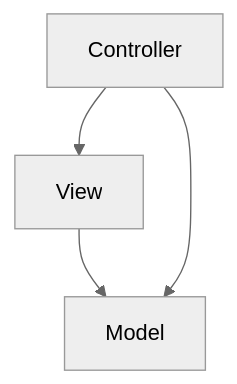
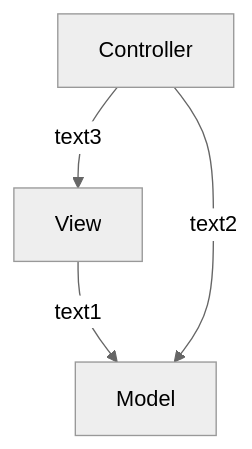
Before and after one commit to rafsp/Graduacao_FIAP: the diagram in Advanced-Business-Development-with-.NET/1º-Semestre/Aula-07-%2D-Projeto-MVC-e-Persistência-de-Dados-com-Entity-Framework-DbContext/MVC-%2D-Model,-View,-Controller/Introdução.md, drawn with Mermaid (neutral theme).

Commit message:
Updated Introdução

```diff
--- a/Advanced-Business-Development-with-.NET/1º-Semestre/Aula-07-%2D-Projeto-MVC-e-Persistência-de-Dados-com-Entity-Framework-DbContext/MVC-%2D-Model,-View,-Controller/Introdução.md
+++ b/Advanced-Business-Development-with-.NET/1º-Semestre/Aula-07-%2D-Projeto-MVC-e-Persistência-de-Dados-com-Entity-Framework-DbContext/MVC-%2D-Model,-View,-Controller/Introdução.md
@@ -6,4 +6,4 @@
 ::: mermaid
  graph TD; 
- View-->Model; Controller-->Model; Controller-->View;
+ View-->|text1|Model; Controller-->|text2|Model; Controller-->|text3|View;
 :::
```
